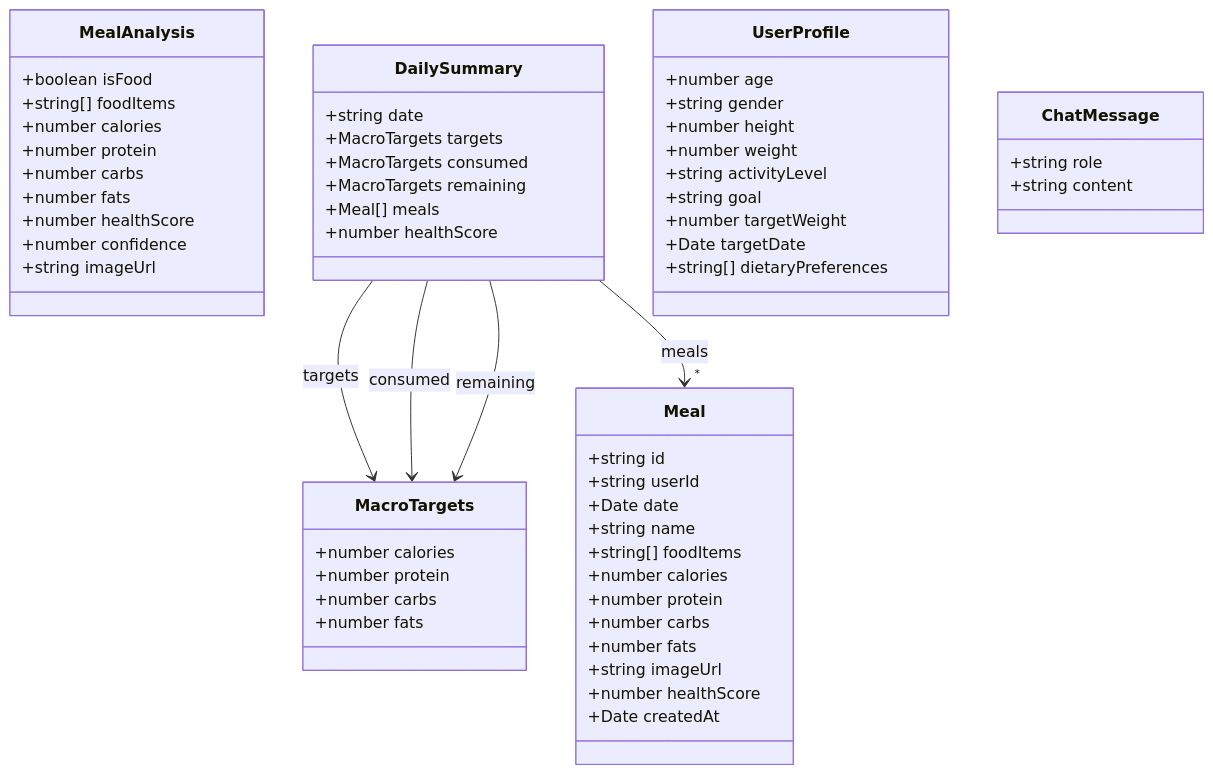
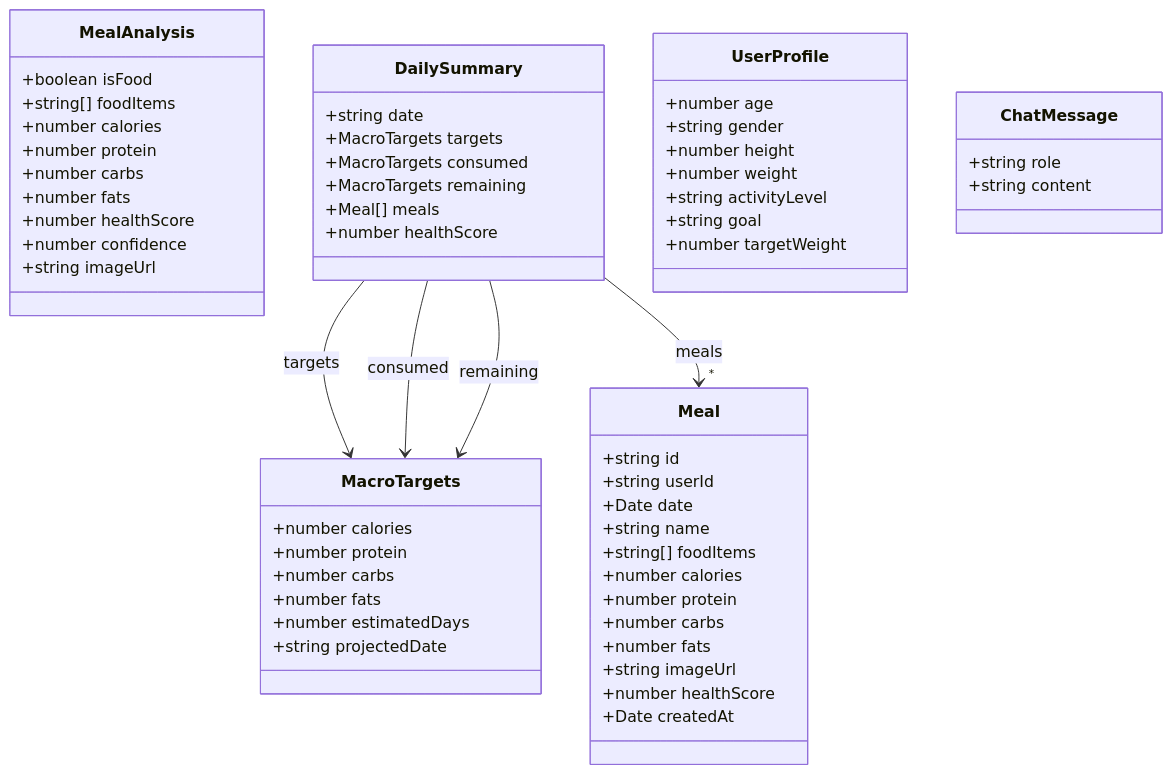
The second of 6 diagrams in docs/CLASS_UML.md (MinhTriet0612/CalAIClone), drawn with Mermaid before and after one commit. The commit also changed other lines of this file and 3 other files, not shown here.

````diff
--- a/docs/CLASS_UML.md
+++ b/docs/CLASS_UML.md
@@ -72,69 +66,69 @@
 ```mermaid
 classDiagram
     direction TB
 
     class MacroTargets {
         +number calories
         +number protein
         +number carbs
         +number fats
+        +number estimatedDays
+        +string projectedDate
     }
 
     class Meal {
         +string id
         +string userId
         +Date date
         +string name
         +string[] foodItems
         +number calories
         +number protein
         +number carbs
         +number fats
         +string imageUrl
         +number healthScore
         +Date createdAt
     }
 
     class MealAnalysis {
         +boolean isFood
         +string[] foodItems
         +number calories
         +number protein
         +number carbs
         +number fats
         +number healthScore
         +number confidence
         +string imageUrl
     }
 
     class DailySummary {
         +string date
         +MacroTargets targets
         +MacroTargets consumed
         +MacroTargets remaining
         +Meal[] meals
         +number healthScore
     }
 
     class UserProfile {
         +number age
         +string gender
         +number height
         +number weight
         +string activityLevel
         +string goal
         +number targetWeight
-        +Date targetDate
-        +string[] dietaryPreferences
     }
 
     class ChatMessage {
         +string role
         +string content
     }
 
     DailySummary --> MacroTargets : targets
     DailySummary --> MacroTargets : consumed
     DailySummary --> MacroTargets : remaining
     DailySummary --> "*" Meal : meals
 ```
````
